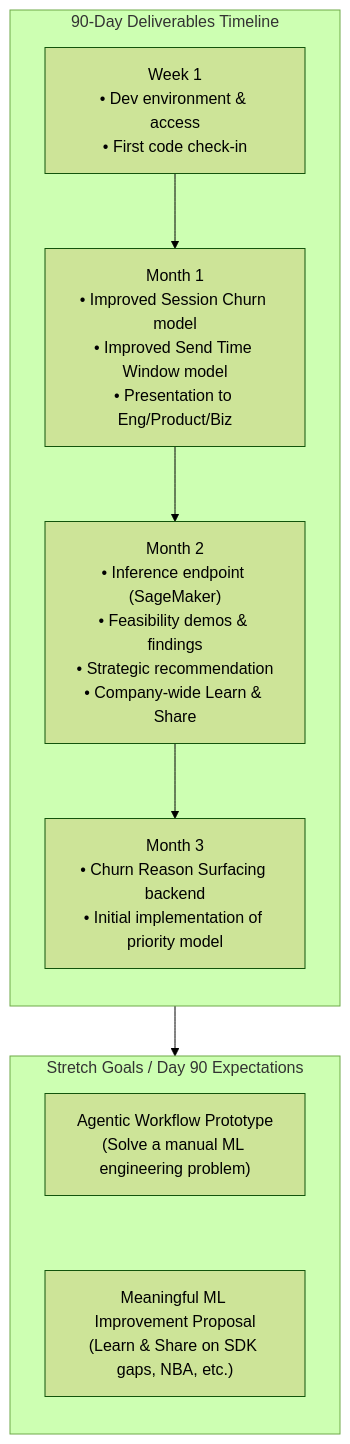
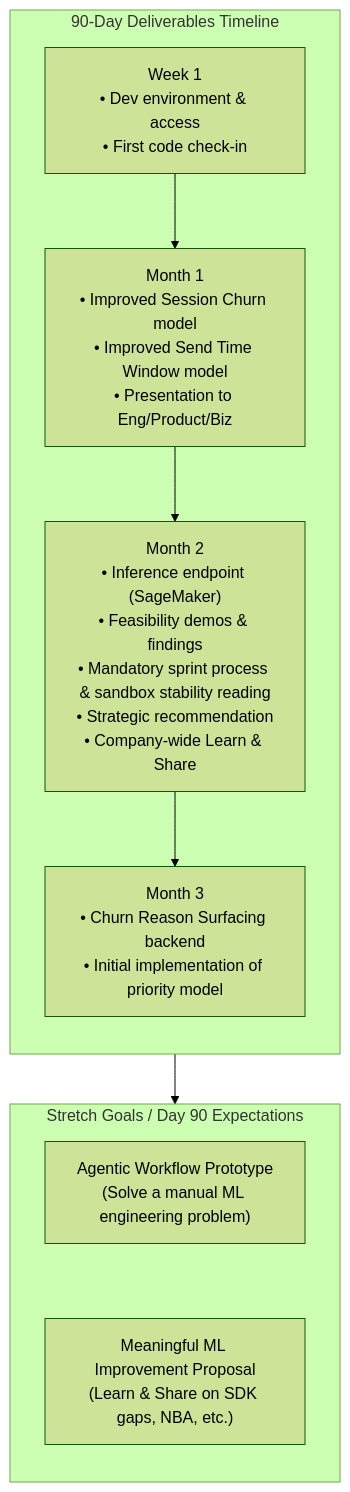
The diagram in docs/90-day-plan.md (jjifernandez/90d-onboarding), drawn with Mermaid (forest theme) before and after one commit. The commit also changed other lines of this file, not shown here.

Commit message:
Add mandatory reading of sprint process and sandbox stability in Week 5

````diff
--- a/docs/90-day-plan.md
+++ b/docs/90-day-plan.md
@@ -37,21 +37,21 @@
 ```mermaid
 flowchart TD
     subgraph Timeline [90-Day Deliverables Timeline]
         direction TB
         W1["Week 1<br/>• Dev environment & access<br/>• First code check-in"]
         M1["Month 1<br/>• Improved Session Churn model<br/>• Improved Send Time Window model<br/>• Presentation to Eng/Product/Biz"]
-        M2["Month 2<br/>• Inference endpoint (SageMaker)<br/>• Feasibility demos & findings<br/>• Strategic recommendation<br/>• Company-wide Learn & Share"]
+        M2["Month 2<br/>• Inference endpoint (SageMaker)<br/>• Feasibility demos & findings<br/>• Mandatory sprint process & sandbox stability reading<br/>• Strategic recommendation<br/>• Company-wide Learn & Share"]
         M3["Month 3<br/>• Churn Reason Surfacing backend<br/>• Initial implementation of priority model"]
         
         W1 --> M1 --> M2 --> M3
     end
 
     subgraph Stretch [Stretch Goals / Day 90 Expectations]
         direction TB
         SG1["Agentic Workflow Prototype<br/>(Solve a manual ML engineering problem)"]
         SG2["Meaningful ML Improvement Proposal<br/>(Learn & Share on SDK gaps, NBA, etc.)"]
         SG1 ~~~ SG2
     end
 
     M3 --> SG1
 ```
````
